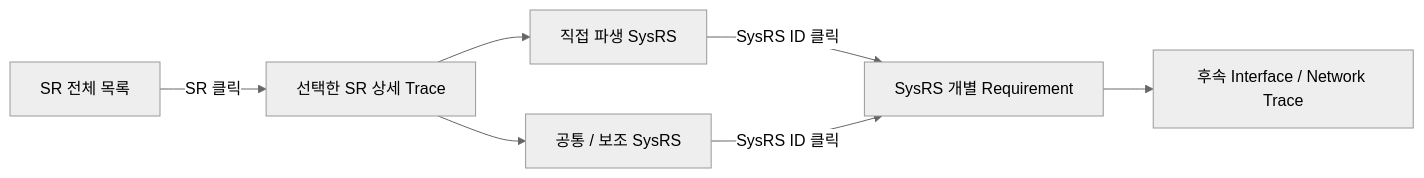
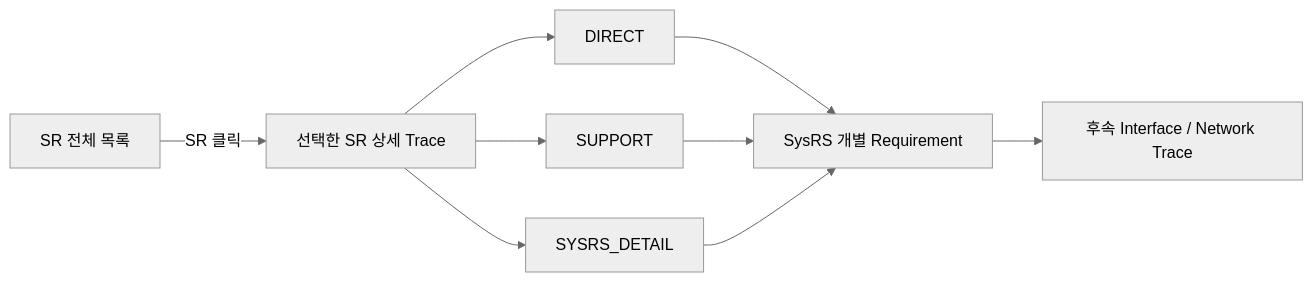
One commit to vehicle-domain-control-system/integrated-vehicle-control changed the diagram in docs/requirements/VSS/04_VSS_SR_SYSRS_TRACE_NAVIGATION_DRAFT.md. Above: the diagram before and after it, drawn with Mermaid (neutral theme). The commit also changed other lines of this file and 5 other files, not shown here.

````diff
--- a/docs/requirements/VSS/04_VSS_SR_SYSRS_TRACE_NAVIGATION_DRAFT.md
+++ b/docs/requirements/VSS/04_VSS_SR_SYSRS_TRACE_NAVIGATION_DRAFT.md
@@ -9,16 +43,16 @@
 ```mermaid
 flowchart LR
     IDX["SR 전체 목록"]
     DETAIL["선택한 SR 상세 Trace"]
-    DIRECT["직접 파생 SysRS"]
-    SUPPORT["공통 / 보조 SysRS"]
+    DIRECT["DIRECT"]
+    SUPPORT["SUPPORT"]
+    SYSDETAIL["SYSRS_DETAIL"]
     REQ["SysRS 개별 Requirement"]
     NEXT["후속 Interface / Network Trace"]
 
     IDX -->|"SR 클릭"| DETAIL
-    DETAIL --> DIRECT
-    DETAIL --> SUPPORT
-    DIRECT -->|"SysRS ID 클릭"| REQ
-    SUPPORT -->|"SysRS ID 클릭"| REQ
+    DETAIL --> DIRECT --> REQ
+    DETAIL --> SUPPORT --> REQ
+    DETAIL --> SYSDETAIL --> REQ
     REQ --> NEXT
 ```
````
